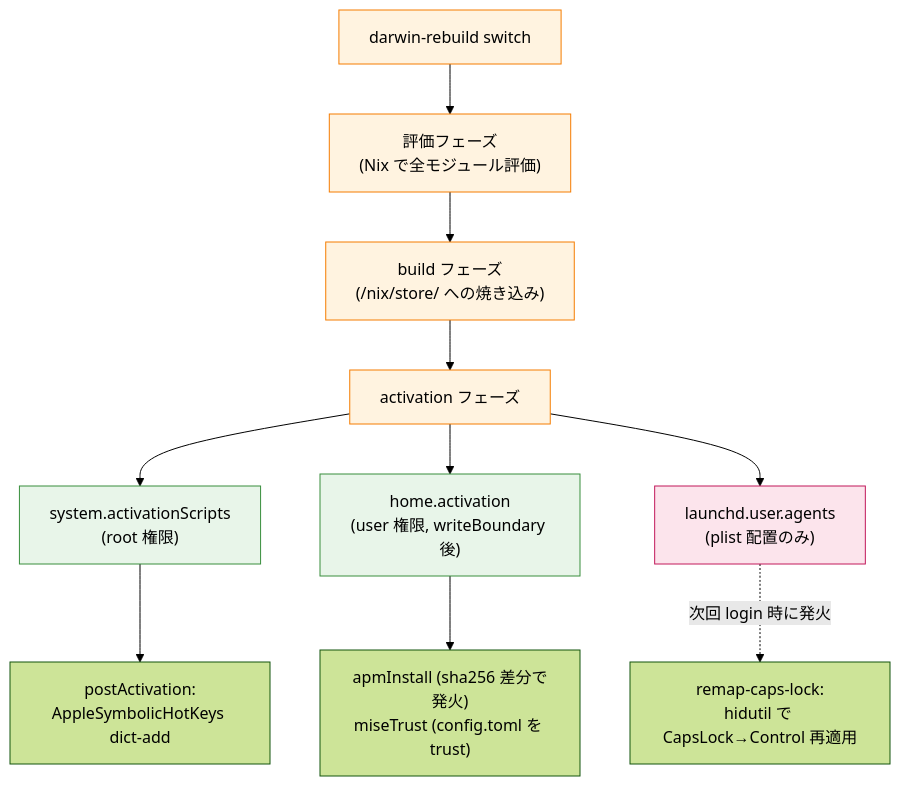
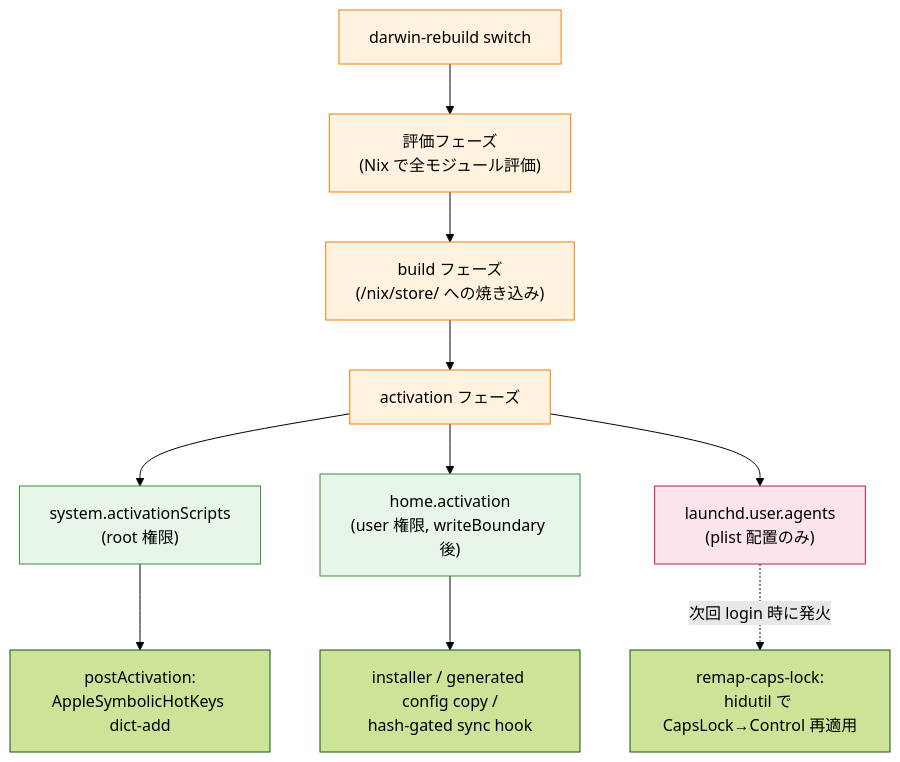
The third of 3 diagrams in docs/design-philosophy-ja.md (danimal141/dotfiles), drawn with Mermaid (forest theme) before and after one commit. The commit also changed other lines of this file and 14 other files, not shown here.

````diff
--- a/docs/design-philosophy-ja.md
+++ b/docs/design-philosophy-ja.md
@@ -134,21 +134,21 @@
 ```mermaid
 flowchart TB
     classDef phase fill:#fff3e0,stroke:#f57c00,color:#000
     classDef hook fill:#e8f5e9,stroke:#388e3c,color:#000
     classDef agent fill:#fce4ec,stroke:#c2185b,color:#000
 
     DR["darwin-rebuild switch"]:::phase
     Eval["評価フェーズ<br/>(Nix で全モジュール評価)"]:::phase
     Build["build フェーズ<br/>(/nix/store/ への焼き込み)"]:::phase
     Act["activation フェーズ"]:::phase
 
     DR --> Eval --> Build --> Act
 
     Act --> Sys["system.activationScripts<br/>(root 権限)"]:::hook
     Act --> Home["home.activation<br/>(user 権限, writeBoundary 後)"]:::hook
     Act --> LA["launchd.user.agents<br/>(plist 配置のみ)"]:::agent
 
     Sys --> SysHook["postActivation:<br/>AppleSymbolicHotKeys dict-add"]
-    Home --> HomeHook["apmInstall (sha256 差分で発火)<br/>miseTrust (config.toml を trust)"]
+    Home --> HomeHook["installer / generated config copy /<br/>hash-gated sync hook"]
     LA -.->|"次回 login 時に発火"| LAHook["remap-caps-lock:<br/>hidutil で CapsLock→Control 再適用"]
 ```
````
